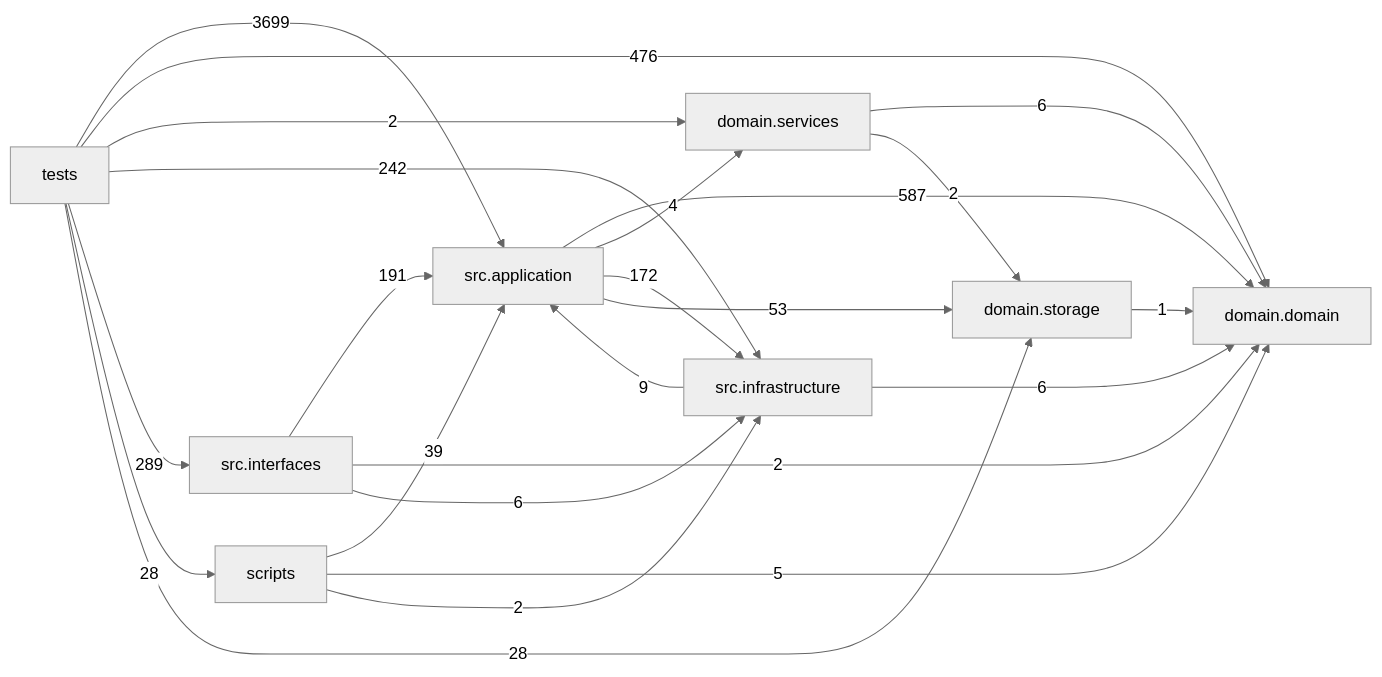
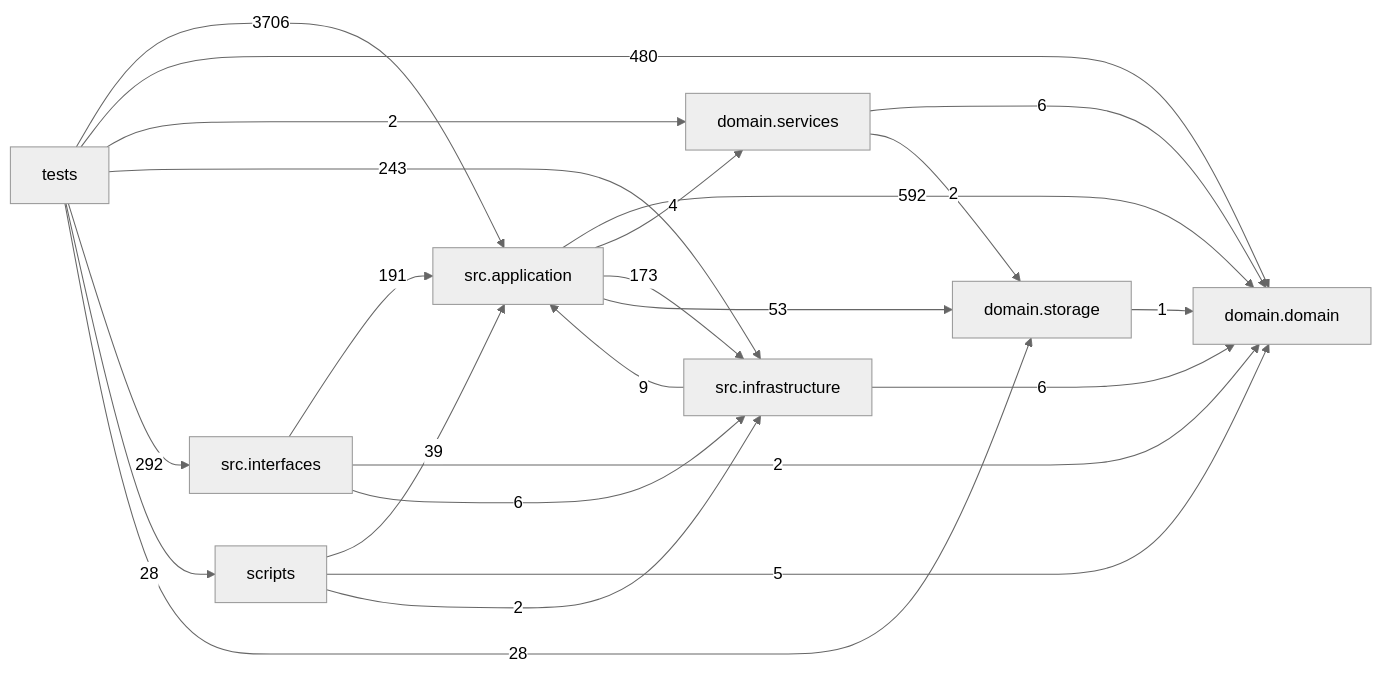
One commit to liuxie066/options-monitor changed the diagram in docs/DEPENDENCY_GRAPH.md. Above: the diagram before and after it, drawn with Mermaid (neutral theme). The commit also changed other lines of this file and 11 other files, not shown here.

````diff
--- a/docs/DEPENDENCY_GRAPH.md
+++ b/docs/DEPENDENCY_GRAPH.md
@@ -24,33 +24,33 @@
 ```mermaid
 flowchart LR
   tests["tests"]
   scripts["scripts"]
   interfaces["src.interfaces"]
   application["src.application"]
   infrastructure["src.infrastructure"]
   domain_services["domain.services"]
   domain["domain.domain"]
   storage["domain.storage"]
-  application -->|587| domain
+  application -->|592| domain
   application -->|4| domain_services
-  application -->|172| infrastructure
+  application -->|173| infrastructure
   application -->|53| storage
   domain_services -->|6| domain
   domain_services -->|2| storage
   infrastructure -->|9| application
   infrastructure -->|6| domain
   interfaces -->|191| application
   interfaces -->|2| domain
   interfaces -->|6| infrastructure
   scripts -->|39| application
   scripts -->|5| domain
   scripts -->|2| infrastructure
   storage -->|1| domain
-  tests -->|3699| application
-  tests -->|476| domain
+  tests -->|3706| application
+  tests -->|480| domain
   tests -->|2| domain_services
-  tests -->|242| infrastructure
-  tests -->|289| interfaces
+  tests -->|243| infrastructure
+  tests -->|292| interfaces
   tests -->|28| scripts
   tests -->|28| storage
 ```
````
